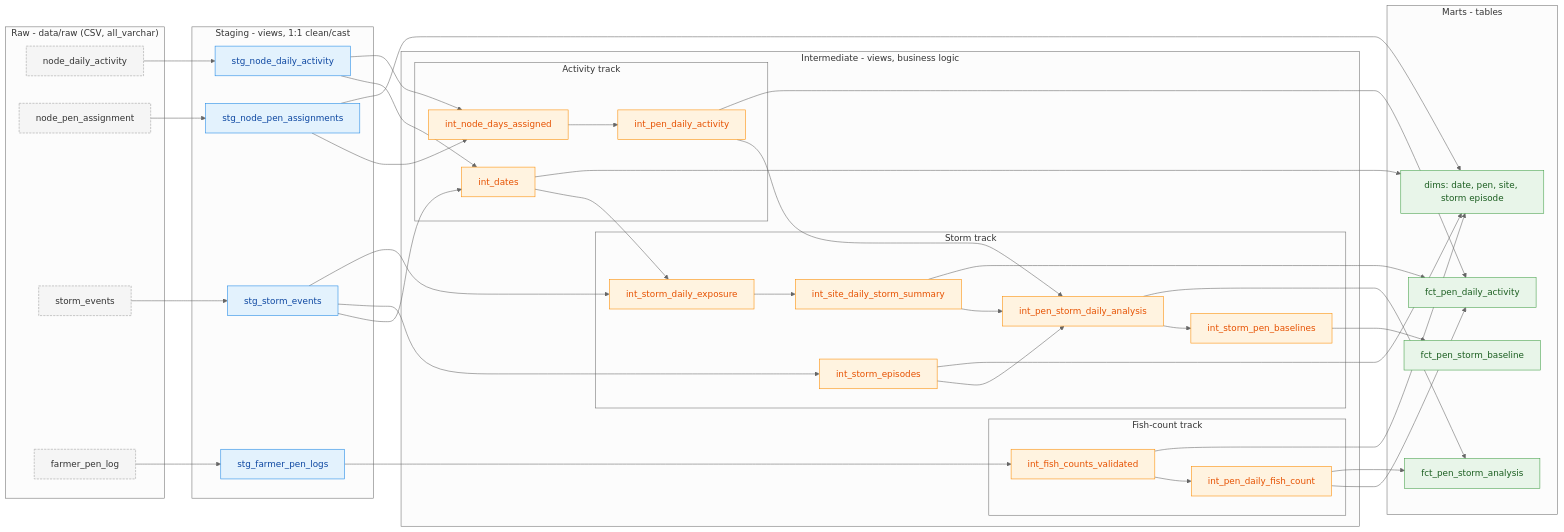
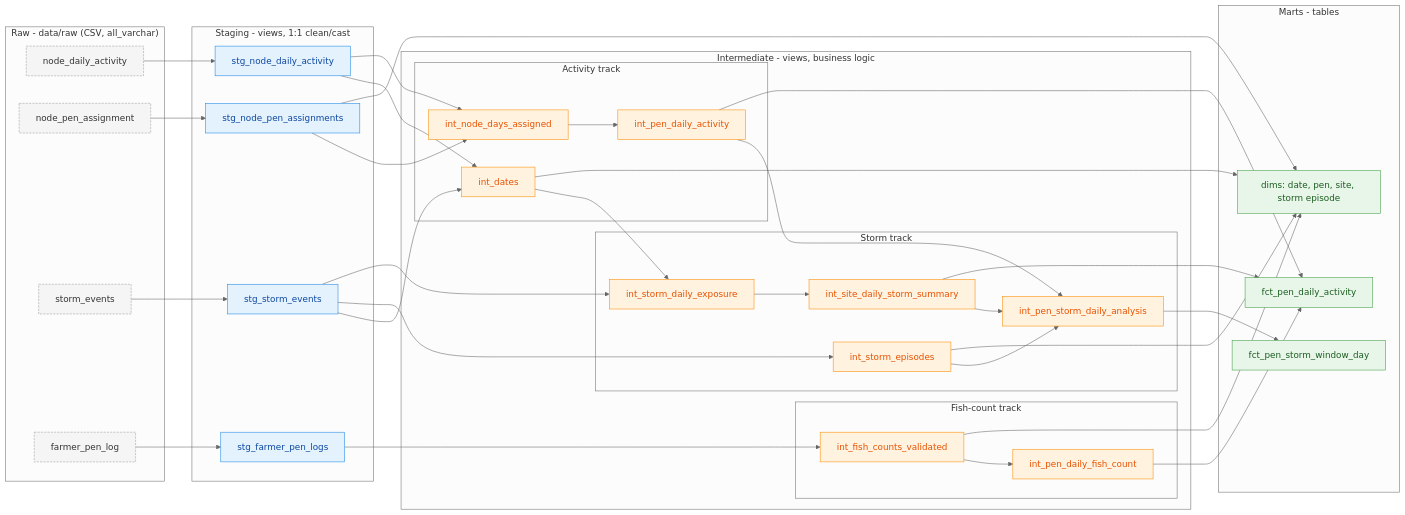
Before and after one commit to siducky/stingray-ae-case: the diagram in docs/diagrams/architecture.mmd, drawn with Mermaid (neutral theme). The commit also changed 23 other files, not shown here.

First line of the commit message:
feat: complete storm-window mart and data lineage slide

```diff
--- a/docs/diagrams/architecture.mmd
+++ b/docs/diagrams/architecture.mmd
@@ -1,75 +1,70 @@
 flowchart LR
   classDef raw  fill:#f5f5f5,stroke:#9e9e9e,stroke-dasharray:4 2,color:#333
   classDef stg  fill:#e3f2fd,stroke:#1e88e5,color:#0d47a1
   classDef int  fill:#fff3e0,stroke:#fb8c00,color:#e65100
   classDef mart fill:#e8f5e9,stroke:#43a047,color:#1b5e20
 
   subgraph RAW["Raw - data/raw (CSV, all_varchar)"]
     R1[node_daily_activity]:::raw
     R2[node_pen_assignment]:::raw
     R3[storm_events]:::raw
     R4[farmer_pen_log]:::raw
   end
 
   subgraph STG["Staging - views, 1:1 clean/cast"]
     S1[stg_node_daily_activity]:::stg
     S2[stg_node_pen_assignments]:::stg
     S3[stg_storm_events]:::stg
     S4[stg_farmer_pen_logs]:::stg
   end
 
   subgraph INT["Intermediate - views, business logic"]
     subgraph A["Activity track"]
       I1[int_dates]:::int
       I2[int_node_days_assigned]:::int
       I3[int_pen_daily_activity]:::int
     end
     subgraph B["Fish-count track"]
       I4[int_fish_counts_validated]:::int
       I5[int_pen_daily_fish_count]:::int
     end
     subgraph C["Storm track"]
       I6[int_storm_episodes]:::int
       I7[int_storm_daily_exposure]:::int
       I8[int_site_daily_storm_summary]:::int
       I9[int_pen_storm_daily_analysis]:::int
-      I10[int_storm_pen_baselines]:::int
     end
   end
 
   subgraph MART["Marts - tables"]
     D[dims: date, pen, site, storm episode]:::mart
     F1[fct_pen_daily_activity]:::mart
-    F2[fct_pen_storm_analysis]:::mart
-    F3[fct_pen_storm_baseline]:::mart
+    F2[fct_pen_storm_window_day]:::mart
   end
 
   R1 --> S1
   R2 --> S2
   R3 --> S3
   R4 --> S4
   S1 --> I1
   S1 --> I2
   S3 --> I1
   S2 --> I2
   I2 --> I3
   S4 --> I4
   I4 --> I5
   S3 --> I6
   I1 --> I7
   S3 --> I7
   I7 --> I8
   I3 --> I9
   I8 --> I9
   I6 --> I9
-  I9 --> I10
   I1 --> D
   I4 --> D
   S2 --> D
   I6 --> D
   I3 --> F1
   I5 --> F1
   I8 --> F1
-  I5 --> F2
   I9 --> F2
-  I10 --> F3
```
